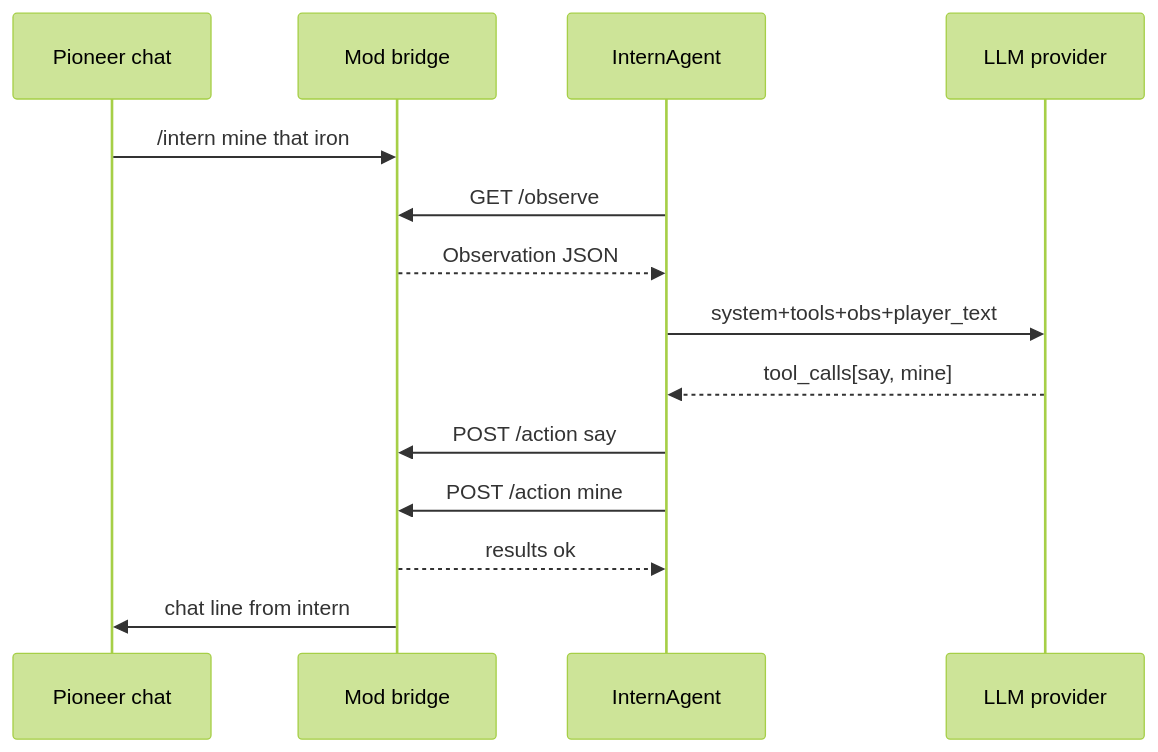
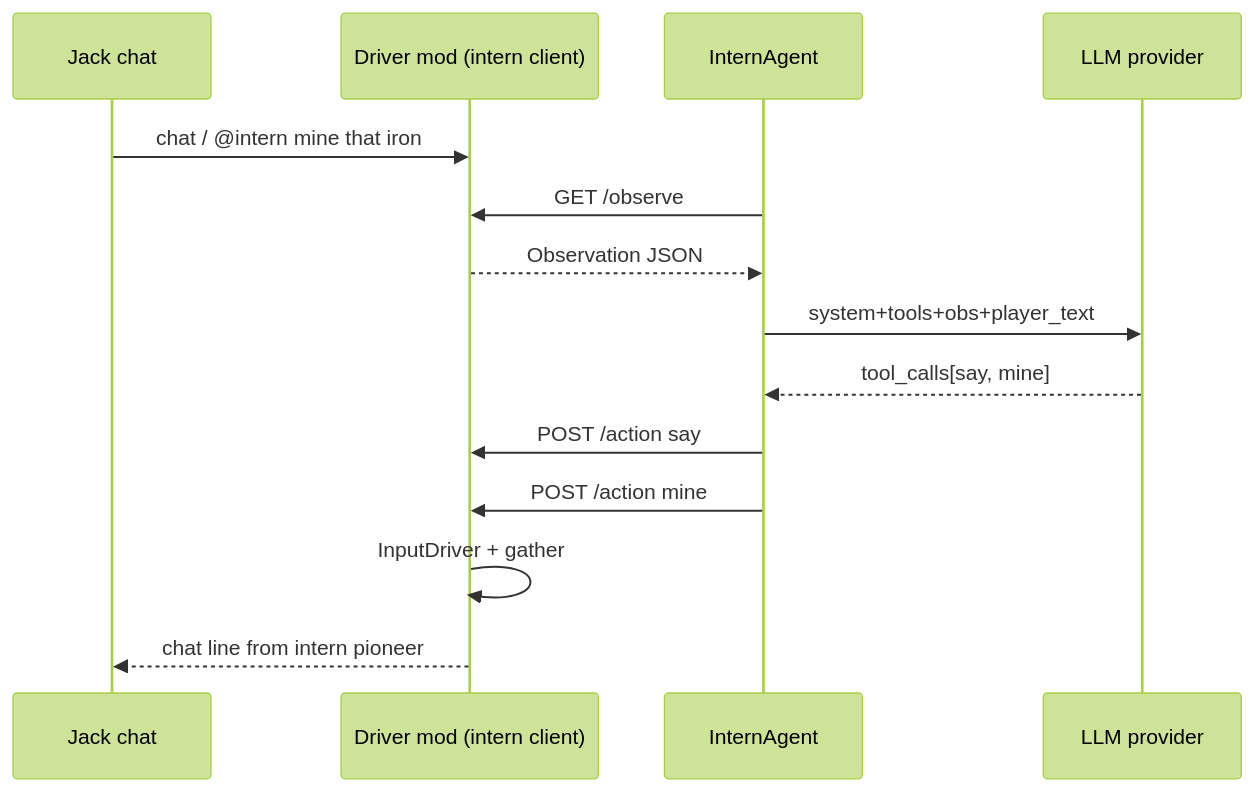
The third of 5 diagrams in docs/ARCHITECTURE.md (Jack-Reason/unpaid-intern), drawn with Mermaid (forest theme) before and after one commit. The commit also changed other lines of this file and 26 other files, not shown here.

First line of the commit message:
feat(adr-0006): second licence + client-side driver mod

````diff
--- a/docs/ARCHITECTURE.md
+++ b/docs/ARCHITECTURE.md
@@ -131,17 +121,17 @@
 ```mermaid
 sequenceDiagram
-  participant P as Pioneer chat
-  participant M as Mod bridge
+  participant J as Jack chat
+  participant D as Driver mod (intern client)
   participant A as InternAgent
   participant L as LLM provider
 
-  P->>M: /intern mine that iron
-  A->>M: GET /observe
-  M-->>A: Observation JSON
+  J->>D: chat / @intern mine that iron
+  A->>D: GET /observe
+  D-->>A: Observation JSON
   A->>L: system+tools+obs+player_text
   L-->>A: tool_calls[say, mine]
-  A->>M: POST /action say
-  A->>M: POST /action mine
-  M-->>A: results ok
-  M->>P: chat line from intern
+  A->>D: POST /action say
+  A->>D: POST /action mine
+  D->>D: InputDriver + gather
+  D-->>J: chat line from intern pioneer
 ```
````
